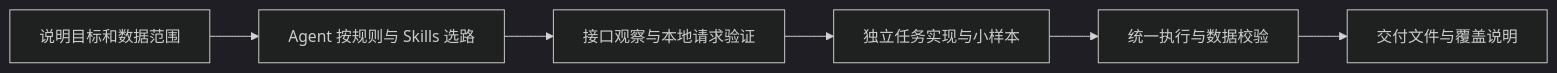
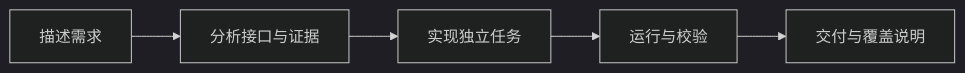
The diagram in README.md (hygge-pixel/spider-workbench), drawn with Mermaid (dark theme) before and after one commit. The commit also changed other lines of this file and 6 other files, not shown here.

````diff
--- a/README.md
+++ b/README.md
@@ -34,8 +69,7 @@
 ```mermaid
 flowchart LR
-    A[说明目标和数据范围] --> B[Agent 按规则与 Skills 选路]
-    B --> C[接口观察与本地请求验证]
-    C --> D[独立任务实现与小样本]
-    D --> E[统一执行与数据校验]
-    E --> F[交付文件与覆盖说明]
+    A[描述需求] --> B[分析接口与证据]
+    B --> C[实现独立任务]
+    C --> D[运行与校验]
+    D --> E[交付与覆盖说明]
 ```
````
